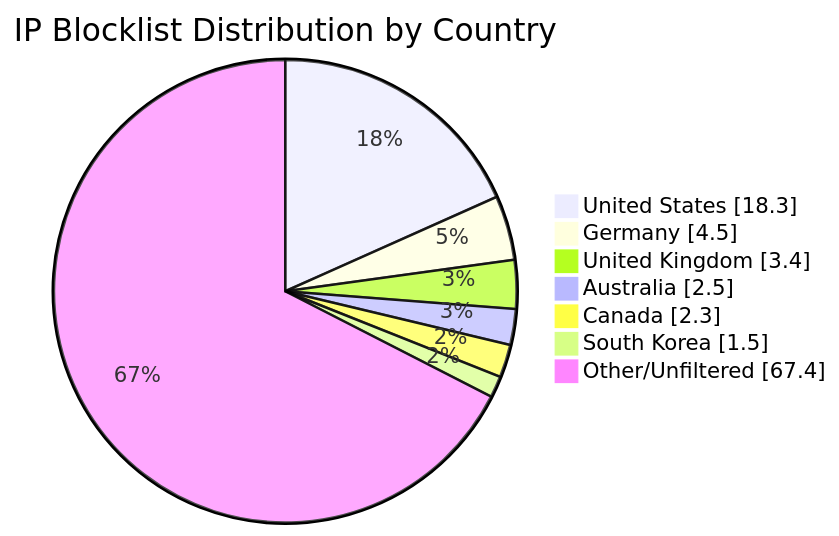
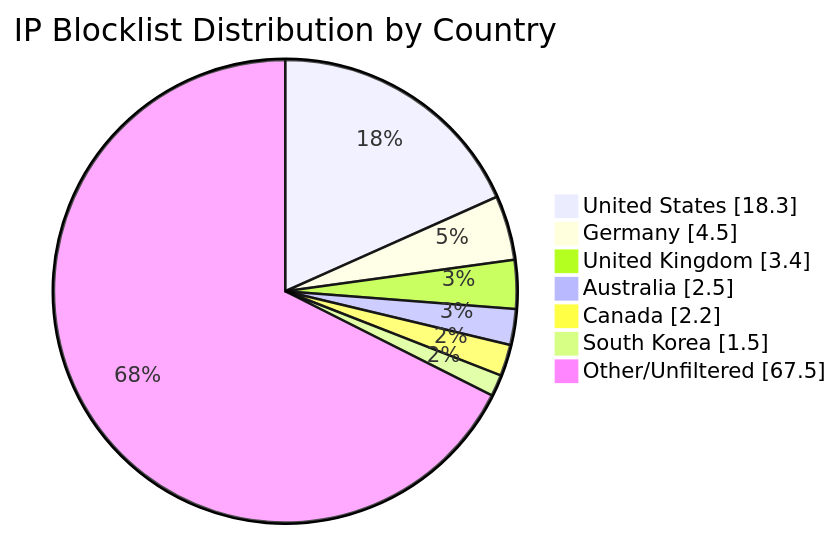
One commit to MarcusHoltz/ipblocklist-geofiltered-aggregator changed the diagram in README.md. Above: the diagram before and after it, drawn with Mermaid. The commit also changed other lines of this file and 9 other files, not shown here.

````diff
--- a/README.md
+++ b/README.md
@@ -34,10 +34,10 @@
 ```mermaid
 pie showData title IP Blocklist Distribution by Country
 "United States" : 18.3
 "Germany" : 4.5
 "United Kingdom" : 3.4
 "Australia" : 2.5
-"Canada" : 2.3
+"Canada" : 2.2
 "South Korea" : 1.5
-"Other/Unfiltered" : 67.4
+"Other/Unfiltered" : 67.5
 ```
````
